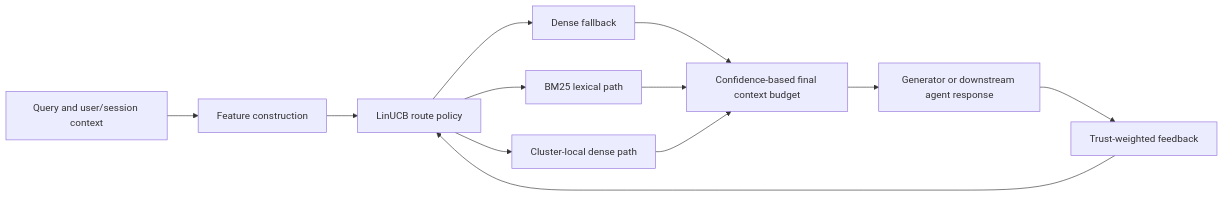
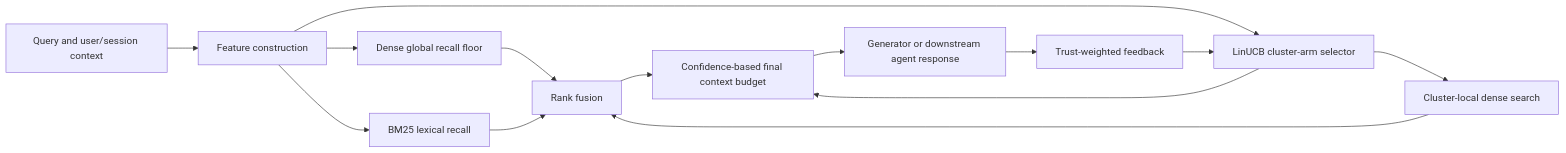
One commit to wolfhawkld/IntentWeight changed the diagram in paper/full_draft/figures/figure1_system_diagram.mmd. Above: the diagram before and after it, drawn with Mermaid. The commit also changed 21 other files, not shown here.

```diff
--- a/paper/full_draft/figures/figure1_system_diagram.mmd
+++ b/paper/full_draft/figures/figure1_system_diagram.mmd
@@ -1,12 +1,14 @@
 flowchart LR
     Q[Query and user/session context] --> F[Feature construction]
-    F --> P[LinUCB route policy]
-    P --> D[Dense fallback]
-    P --> B[BM25 lexical path]
-    P --> C[Cluster-local dense path]
-    D --> G[Confidence-based final context budget]
-    B --> G
-    C --> G
+    F --> D[Dense global recall floor]
+    F --> B[BM25 lexical recall]
+    F --> P[LinUCB cluster-arm selector]
+    P --> C[Cluster-local dense search]
+    D --> R[Rank fusion]
+    B --> R
+    C --> R
+    P --> G[Confidence-based final context budget]
+    R --> G
     G --> A[Generator or downstream agent response]
     A --> T[Trust-weighted feedback]
     T --> P
```
